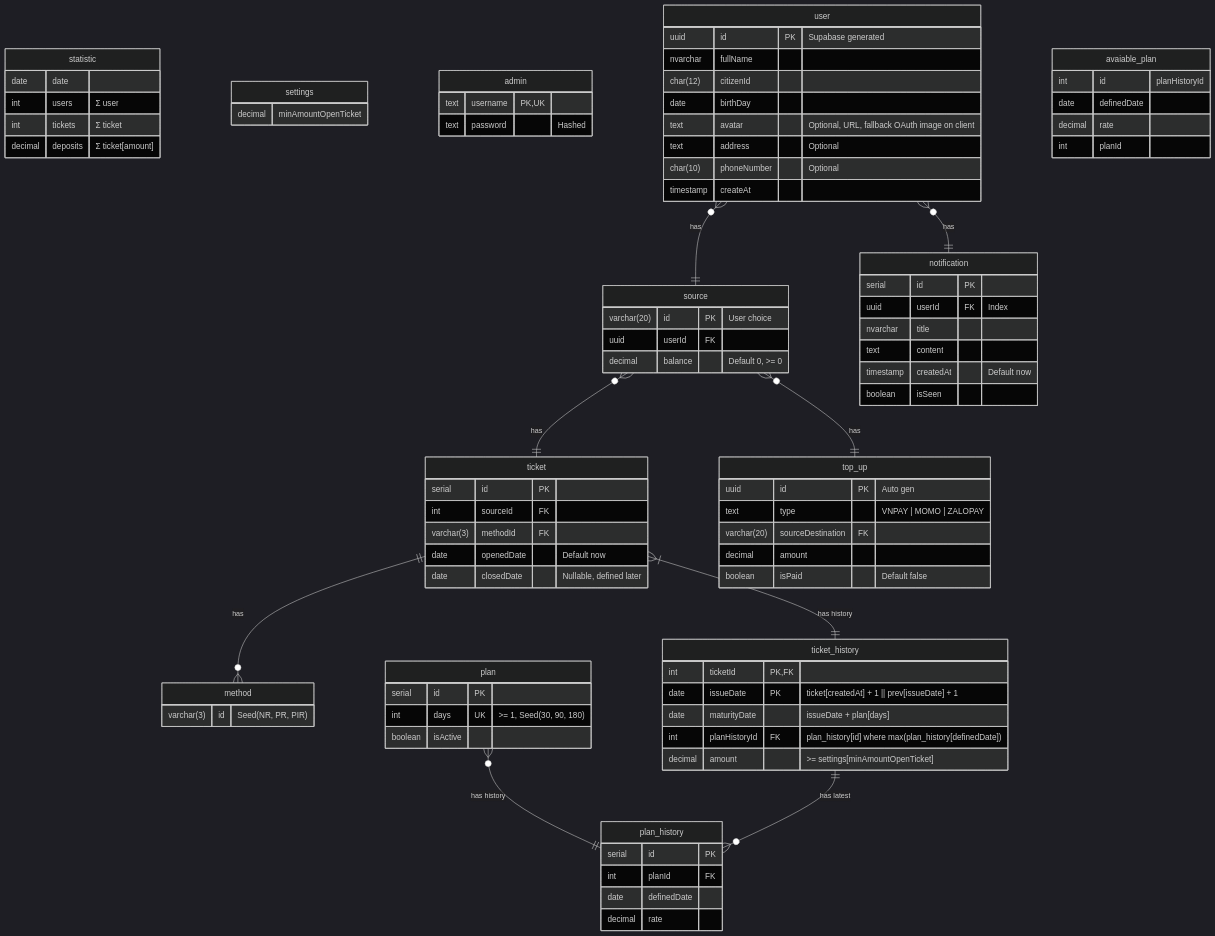
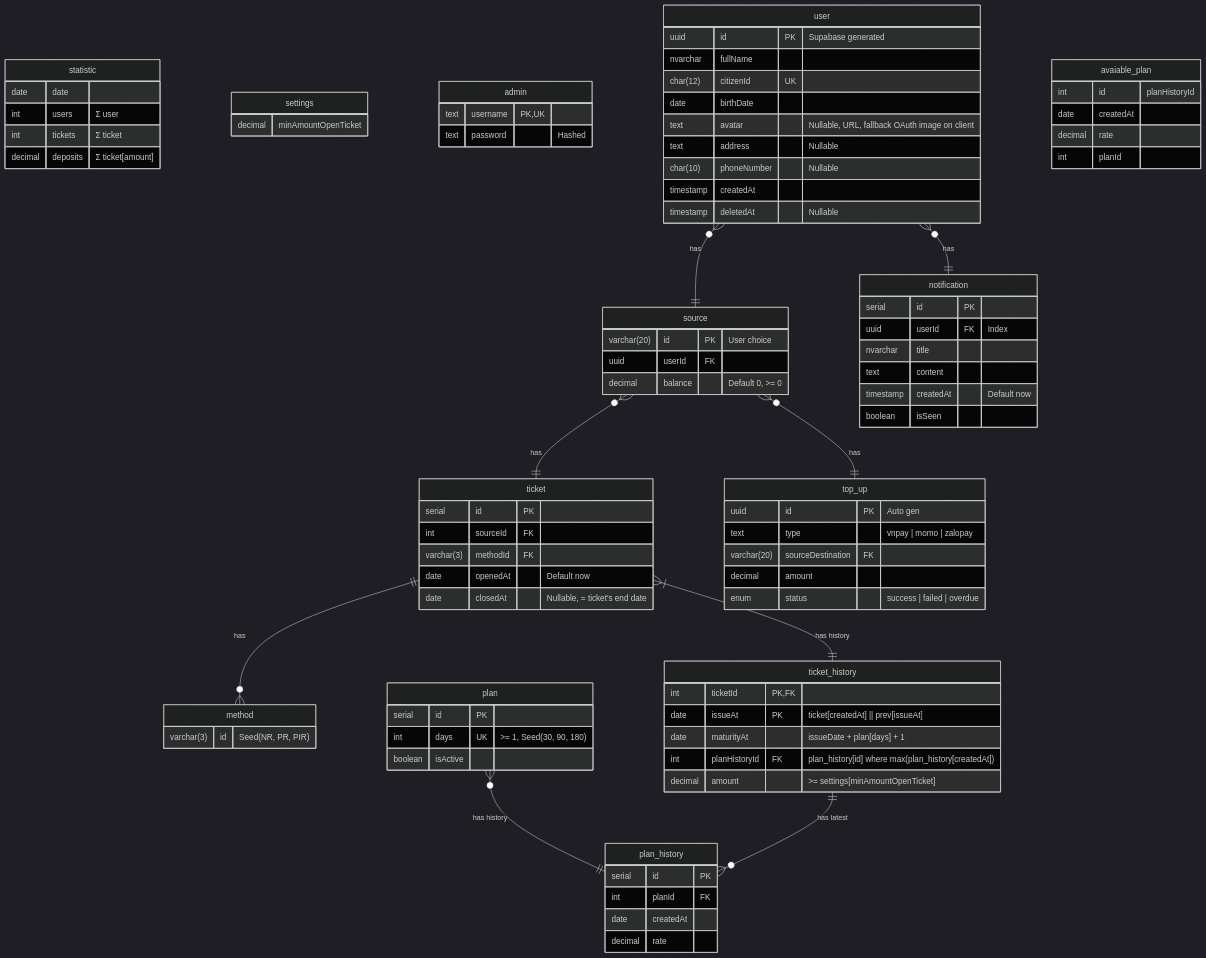
Before and after one commit to coinhub-uit/coinhub-uit.github.io: the diagram in docs/diagrams/database.md, drawn with Mermaid (dark theme). The commit also changed other lines of this file, not shown here.

Commit message:
refactor(db): date -> at, soft remove user, money type decimal(4,2)

```diff
--- a/docs/diagrams/database.md
+++ b/docs/diagrams/database.md
@@ -25,12 +25,13 @@
   user {
     uuid id PK "Supabase generated"
     nvarchar fullName
-    char(12) citizenId
-    date birthDay
-    text avatar "Optional, URL, fallback OAuth image on client"
-    text address "Optional"
-    char(10) phoneNumber "Optional"
-    timestamp createAt
+    char(12) citizenId UK
+    date birthDate
+    text avatar "Nullable, URL, fallback OAuth image on client"
+    text address "Nullable"
+    char(10) phoneNumber "Nullable"
+    timestamp createdAt
+    timestamp deletedAt "Nullable"
   }
 
   source {
@@ -46,7 +47,7 @@
   plan_history {
     serial id PK
     int planId FK
-    date definedDate
+    date createdAt
     decimal rate
   }
 
@@ -54,15 +55,15 @@
     serial id PK
     int sourceId FK
     varchar(3) methodId FK
-    date openedDate "Default now"
-    date closedDate "Nullable, defined later"
+    date openedAt "Default now"
+    date closedAt "Nullable, = ticket's end date"
   }
 
   ticket_history {
     int ticketId PK,FK
-    date issueDate PK "ticket[createdAt] + 1 || prev[issueDate] + 1"
-    date maturityDate "issueDate + plan[days]"
-    int planHistoryId FK "plan_history[id] where max(plan_history[definedDate])"
+    date issueAt PK "ticket[createdAt] || prev[issueAt]"
+    date maturityAt "issueDate + plan[days] + 1"
+    int planHistoryId FK "plan_history[id] where max(plan_history[createdAt])"
     decimal amount ">= settings[minAmountOpenTicket]"
   }
 
@@ -83,17 +84,17 @@
 
   avaiable_plan {
     int id "planHistoryId"
-    date definedDate
+    date createdAt
     decimal rate
     int planId
   }
 
   top_up {
     uuid id PK "Auto gen"
-    text type "VNPAY | MOMO | ZALOPAY"
+    text type "vnpay | momo | zalopay"
     varchar(20) sourceDestination FK
     decimal amount
-    boolean isPaid "Default false"
+    enum status "success | failed | overdue"
   }
 
   user }o--|| notification : "has"
```
